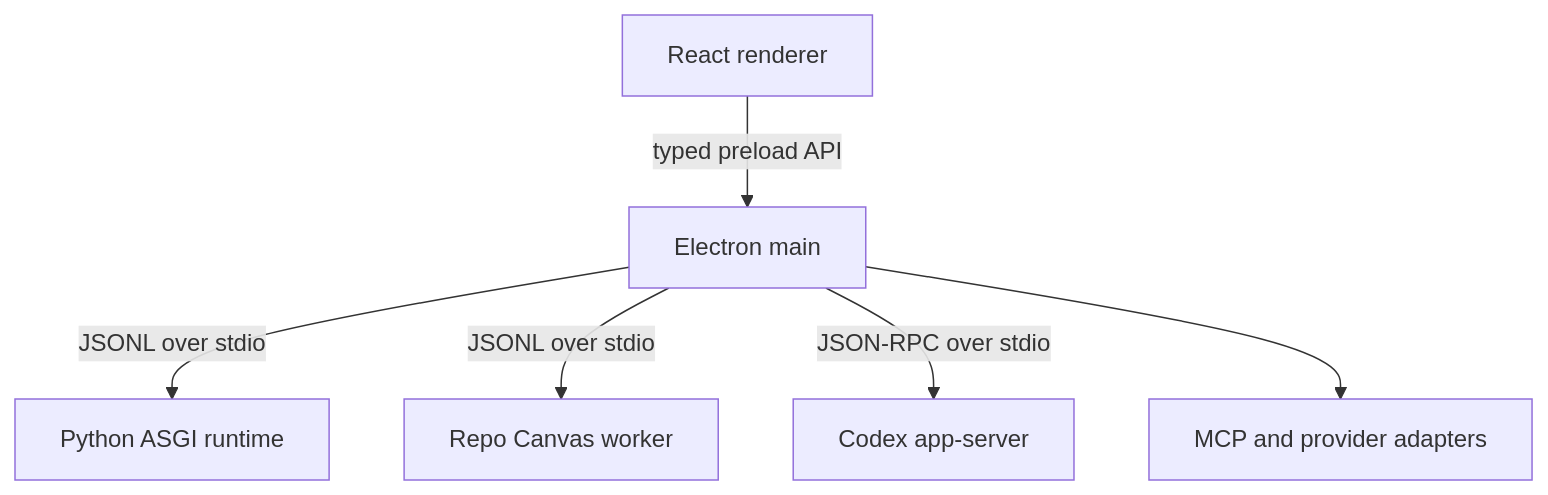
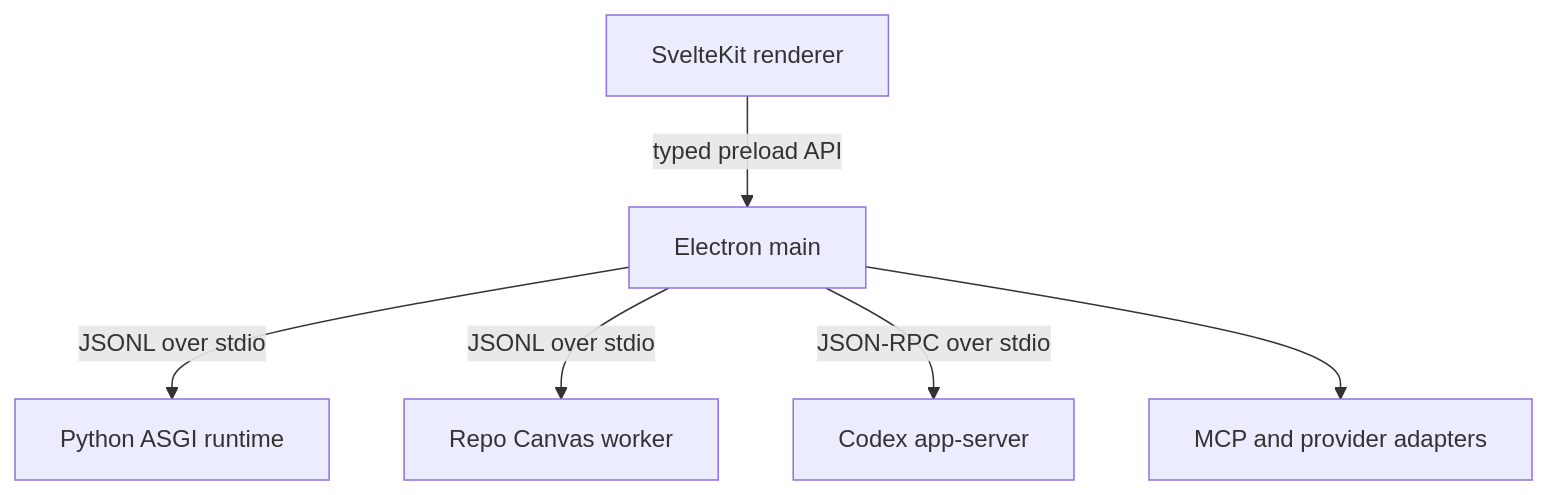
One commit to MaxBaranov1993/designdna changed the diagram in docs/architecture/desktop-runtime.md. Above: the diagram before and after it, drawn with Mermaid. The commit also changed other lines of this file and 212 other files, not shown here.

Commit message:
Migrate DesignDNA editor to SvelteKit

````diff
--- a/docs/architecture/desktop-runtime.md
+++ b/docs/architecture/desktop-runtime.md
@@ -7,8 +7,8 @@
 ```mermaid
 flowchart TD
-  R["React renderer"] -->|"typed preload API"| E["Electron main"]
+  R["SvelteKit renderer"] -->|"typed preload API"| E["Electron main"]
   E -->|"JSONL over stdio"| P["Python ASGI runtime"]
   E -->|"JSONL over stdio"| C["Repo Canvas worker"]
   E -->|"JSON-RPC over stdio"| O["Codex app-server"]
   E --> M["MCP and provider adapters"]
 ```
````
